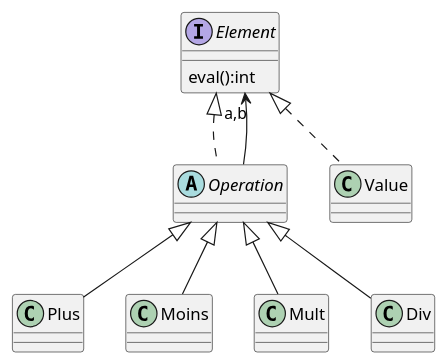
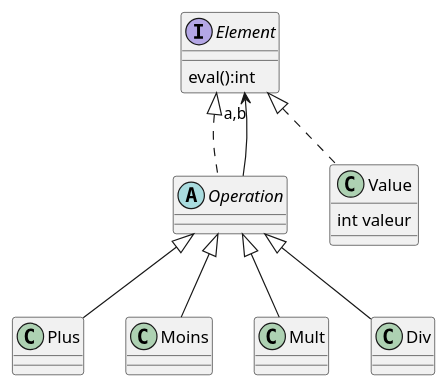
The diagram in ressources/OperationsMath.puml (florentBourgeois/2025-ENSISA-ArchiObjet), drawn with PlantUML before and after one commit. The commit also changed 8 other files, not shown here.

```diff
--- a/ressources/OperationsMath.puml
+++ b/ressources/OperationsMath.puml
@@ -1,26 +1,30 @@
 @startuml
 'https://plantuml.com/class-diagram
 
 interface Element{
     eval():int
 }
 
 abstract class Operation
 
 class Plus
 class Moins
 class Mult
 class Div
 
+class Value{
+    int valeur
+}
+
 Element <|.. Operation
 Element <|.. Value
 
 Operation <|-- Plus
 Operation <|-- Moins
 Operation <|-- Mult
 Operation <|-- Div
 
 Operation --> "a,b" Element
 
 
 @enduml
```
